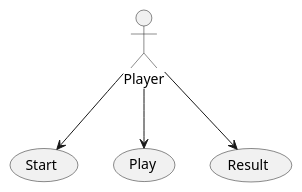
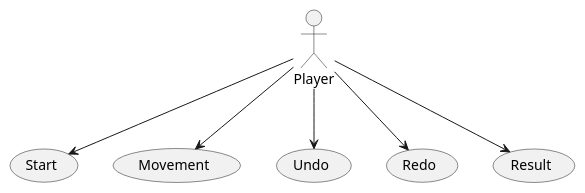
One commit to x-USantaTecla-game-ticTacToe/requirements changed the first of 2 diagrams in src/docs/asciidoc/index.adoc. Above: the diagram before and after it, drawn with PlantUML. The commit also changed other lines of this file and 6 other files, not shown here.

Commit message:
Update UndoRedo version

```diff
--- a/src/docs/asciidoc/index.adoc
+++ b/src/docs/asciidoc/index.adoc
@@ -37,13 +37,17 @@
 [plantuml,diagramaActoresCasosUso,svg]
 ....
 
 actor Player
 usecase Start
-usecase Play
+usecase Movement
+usecase Undo
+usecase Redo
 usecase Result
 
 Player --> Start
-Player --> Play
+Player --> Movement
+Player --> Undo
+Player --> Redo
 Player --> Result
 
 ....
```
